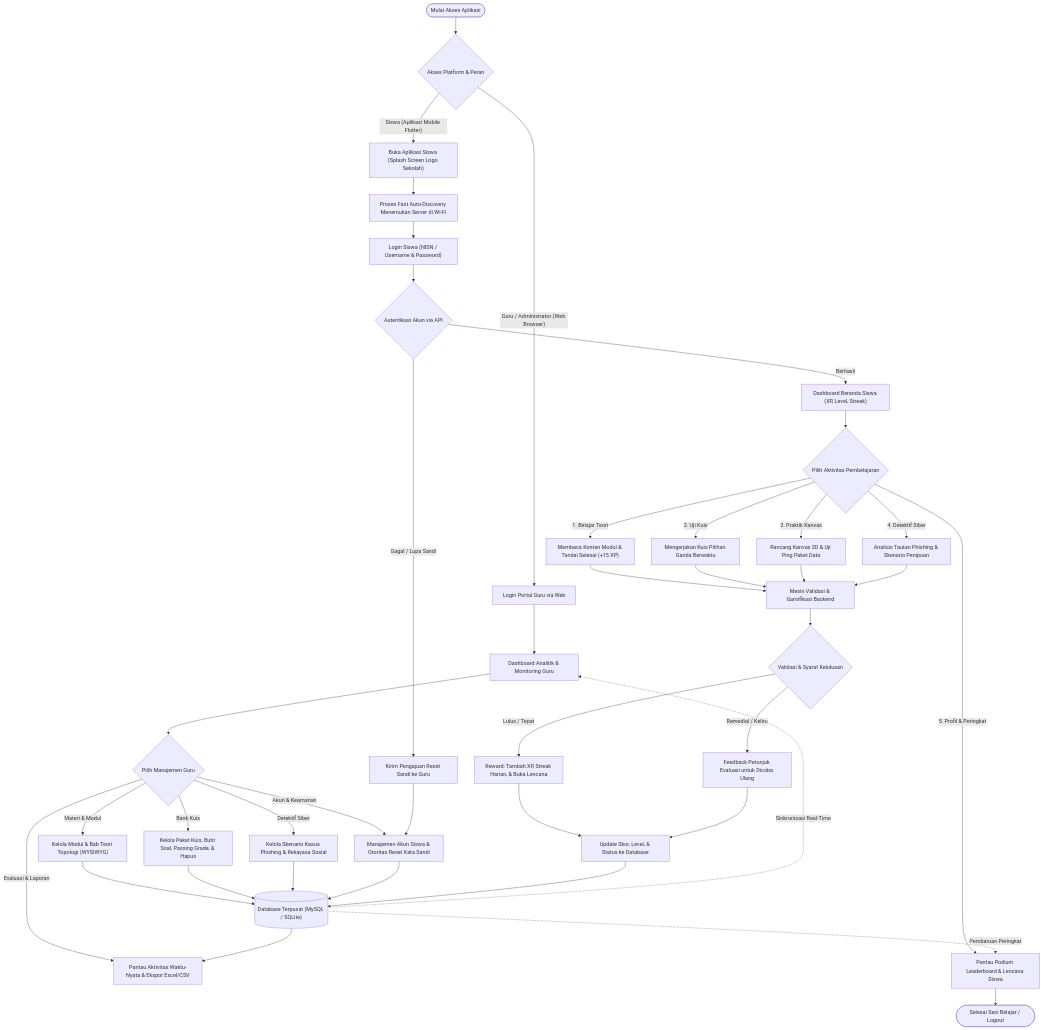
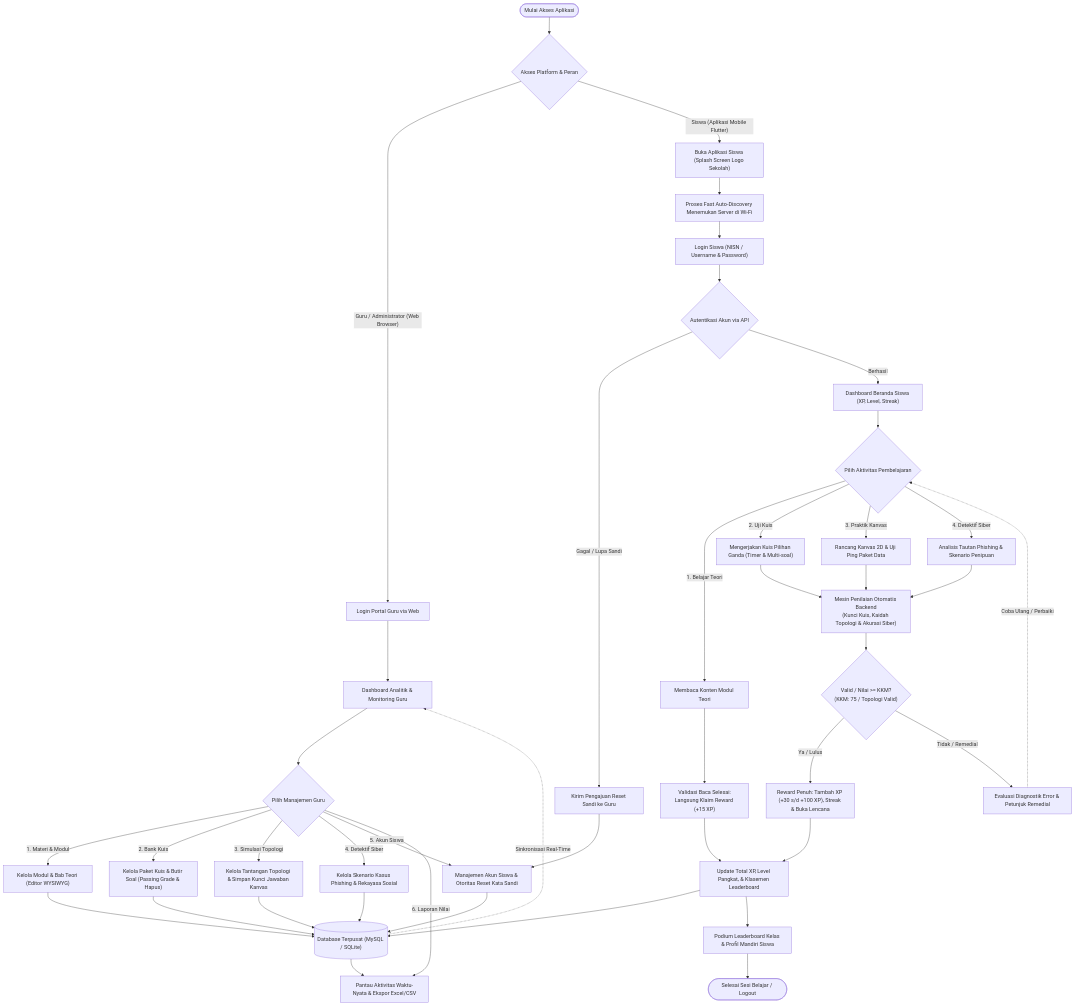
Before and after one commit to dimasalvarizk/Aplikasi-Simulasi: the first of 7 diagrams in README.md, drawn with Mermaid. The commit also changed other lines of this file and 5 other files, not shown here.

Commit message:
fix(mobile): perbaiki tata letak kartu lab simulasi, profil siswa, dan update flowchart

````diff
--- a/README.md
+++ b/README.md
@@ -39,60 +39,64 @@
 ```mermaid
 flowchart TD
     %% Node Awal
     Start(["Mulai Akses Aplikasi"]) --> CekPeran{"Akses Platform & Peran"}
 
     %% Sisi Guru (Web Browser)
     CekPeran -- "Guru / Administrator (Web Browser)" --> LoginGuru["Login Portal Guru via Web"]
     LoginGuru --> DashGuru["Dashboard Analitik & Monitoring Guru"]
     
     DashGuru --> MenuGuru{"Pilih Manajemen Guru"}
-    MenuGuru -- "Materi & Modul" --> ModulMgr["Kelola Modul & Bab Teori Topologi (WYSIWYG)"]
-    MenuGuru -- "Bank Kuis" --> KuisMgr["Kelola Paket Kuis, Butir Soal, Passing Grade, & Hapus"]
-    MenuGuru -- "Detektif Siber" --> SiberMgr["Kelola Skenario Kasus Phishing & Rekayasa Sosial"]
-    MenuGuru -- "Akun & Keamanan" --> SiswaMgr["Manajemen Akun Siswa & Otoritas Reset Kata Sandi"]
-    MenuGuru -- "Evaluasi & Laporan" --> RekapMgr["Pantau Aktivitas Waktu-Nyata & Ekspor Excel/CSV"]
+    MenuGuru -- "1. Materi & Modul" --> ModulMgr["Kelola Modul & Bab Teori (Editor WYSIWYG)"]
+    MenuGuru -- "2. Bank Kuis" --> KuisMgr["Kelola Paket Kuis & Butir Soal (Passing Grade & Hapus)"]
+    MenuGuru -- "3. Simulasi Topologi" --> SimMgr["Kelola Tantangan Topologi & Simpan Kunci Jawaban Kanvas"]
+    MenuGuru -- "4. Detektif Siber" --> SiberMgr["Kelola Skenario Kasus Phishing & Rekayasa Sosial"]
+    MenuGuru -- "5. Akun Siswa" --> SiswaMgr["Manajemen Akun Siswa & Otoritas Reset Kata Sandi"]
+    MenuGuru -- "6. Laporan Nilai" --> RekapMgr["Pantau Aktivitas Waktu-Nyata & Ekspor Excel/CSV"]
 
     %% Hubungan ke Database dari Guru
     ModulMgr --> SimpanDB[("Database Terpusat (MySQL / SQLite)")]
     KuisMgr --> SimpanDB
+    SimMgr --> SimpanDB
     SiberMgr --> SimpanDB
     SiswaMgr --> SimpanDB
     SimpanDB --> RekapMgr
 
     %% Sisi Siswa (Flutter Mobile / Web)
     CekPeran -- "Siswa (Aplikasi Mobile Flutter)" --> BukaApp["Buka Aplikasi Siswa (Splash Screen Logo Sekolah)"]
     BukaApp --> AutoDiscovery["Proses Fast Auto-Discovery Menemukan Server di Wi-Fi"]
     AutoDiscovery --> LoginSiswa["Login Siswa (NISN / Username & Password)"]
     LoginSiswa --> VerifikasiLogin{"Autentikasi Akun via API"}
     
     VerifikasiLogin -- "Gagal / Lupa Sandi" --> LupaSandiFlow["Kirim Pengajuan Reset Sandi ke Guru"] --> SiswaMgr
     VerifikasiLogin -- "Berhasil" --> DashSiswa["Dashboard Beranda Siswa (XP, Level, Streak)"]
 
     DashSiswa --> AktivitasSiswa{"Pilih Aktivitas Pembelajaran"}
     
     %% Alur Belajar Siswa
-    AktivitasSiswa -- "1. Belajar Teori" --> BacaMateri["Membaca Konten Modul & Tandai Selesai (+15 XP)"]
-    AktivitasSiswa -- "2. Uji Kuis" --> KerjakanKuis["Mengerjakan Kuis Pilihan Ganda Berwaktu"]
+    AktivitasSiswa -- "1. Belajar Teori" --> BacaMateri["Membaca Konten Modul Teori"]
+    AktivitasSiswa -- "2. Uji Kuis" --> KerjakanKuis["Mengerjakan Kuis Pilihan Ganda (Timer & Multi-soal)"]
     AktivitasSiswa -- "3. Praktik Kanvas" --> RancangTopologi["Rancang Kanvas 2D & Uji Ping Paket Data"]
     AktivitasSiswa -- "4. Detektif Siber" --> AnalisisSiber["Analisis Tautan Phishing & Skenario Penipuan"]
-    AktivitasSiswa -- "5. Profil & Peringkat" --> LihatPeringkat["Pantau Podium Leaderboard & Lencana Siswa"]
 
-    %% Evaluasi & Gamifikasi Terintegrasi
-    BacaMateri --> EngineEvaluasi["Mesin Validasi & Gamifikasi Backend"]
-    KerjakanKuis --> EngineEvaluasi
+    %% Alur Validasi Spesifik Tiap Fitur
+    BacaMateri --> KlaimTeori["Validasi Baca Selesai:\nLangsung Klaim Reward (+15 XP)"]
+    
+    KerjakanKuis --> EngineEvaluasi["Mesin Penilaian Otomatis Backend\n(Kunci Kuis, Kaidah Topologi & Akurasi Siber)"]
     RancangTopologi --> EngineEvaluasi
     AnalisisSiber --> EngineEvaluasi
 
-    EngineEvaluasi --> EvaluasiRule{"Validasi & Syarat Kelulusan"}
-    EvaluasiRule -- "Lulus / Tepat" --> RewardKlaim["Reward: Tambah XP, Streak Harian, & Buka Lencana"]
-    EvaluasiRule -- "Remedial / Keliru" --> FeedbackEdukatif["Feedback Petunjuk Evaluasi untuk Dicoba Ulang"]
+    EngineEvaluasi --> EvaluasiRule{"Valid / Nilai >= KKM?\n(KKM: 75 / Topologi Valid)"}
+    EvaluasiRule -- "Ya / Lulus" --> RewardKlaim["Reward Penuh: Tambah XP (+30 s/d +100 XP), Streak & Buka Lencana"]
+    EvaluasiRule -- "Tidak / Remedial" --> FeedbackEdukatif["Evaluasi Diagnostik Error & Petunjuk Remedial"]
+    FeedbackEdukatif -. "Coba Ulang / Perbaiki" .-> AktivitasSiswa
 
-    RewardKlaim --> UpdateStateDB["Update Skor, Level, & Status ke Database"]
-    FeedbackEdukatif --> UpdateStateDB
+    %% Akumulasi ke Profil & Leaderboard
+    KlaimTeori --> UpdateStateDB["Update Total XP, Level Pangkat, & Klasemen Leaderboard"]
+    RewardKlaim --> UpdateStateDB
     UpdateStateDB --> SimpanDB
 
     %% Siklus Umpan Balik Real-Time
     SimpanDB -. "Sinkronisasi Real-Time" .-> DashGuru
-    SimpanDB -. "Pembaruan Peringkat" .-> LihatPeringkat
+    UpdateStateDB --> LihatPeringkat["Podium Leaderboard Kelas & Profil Mandiri Siswa"]
     LihatPeringkat --> SelesaiApp(["Selesai Sesi Belajar / Logout"])
 ```
````
